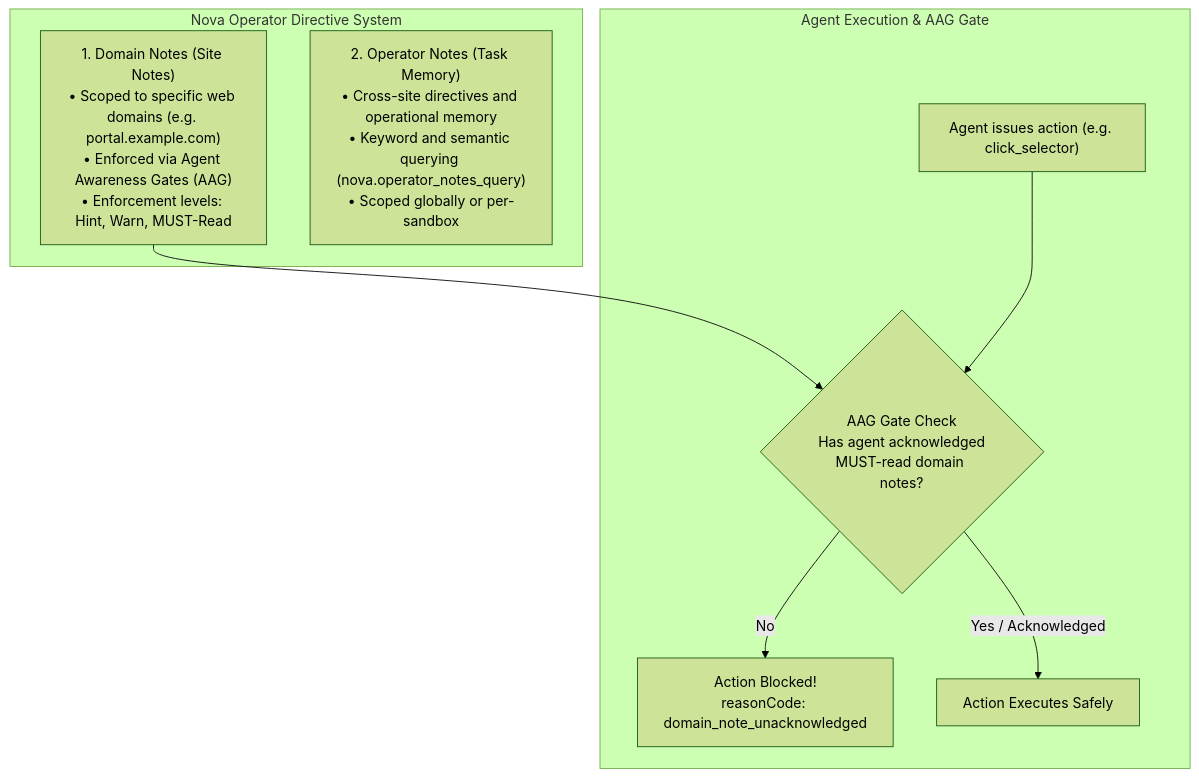
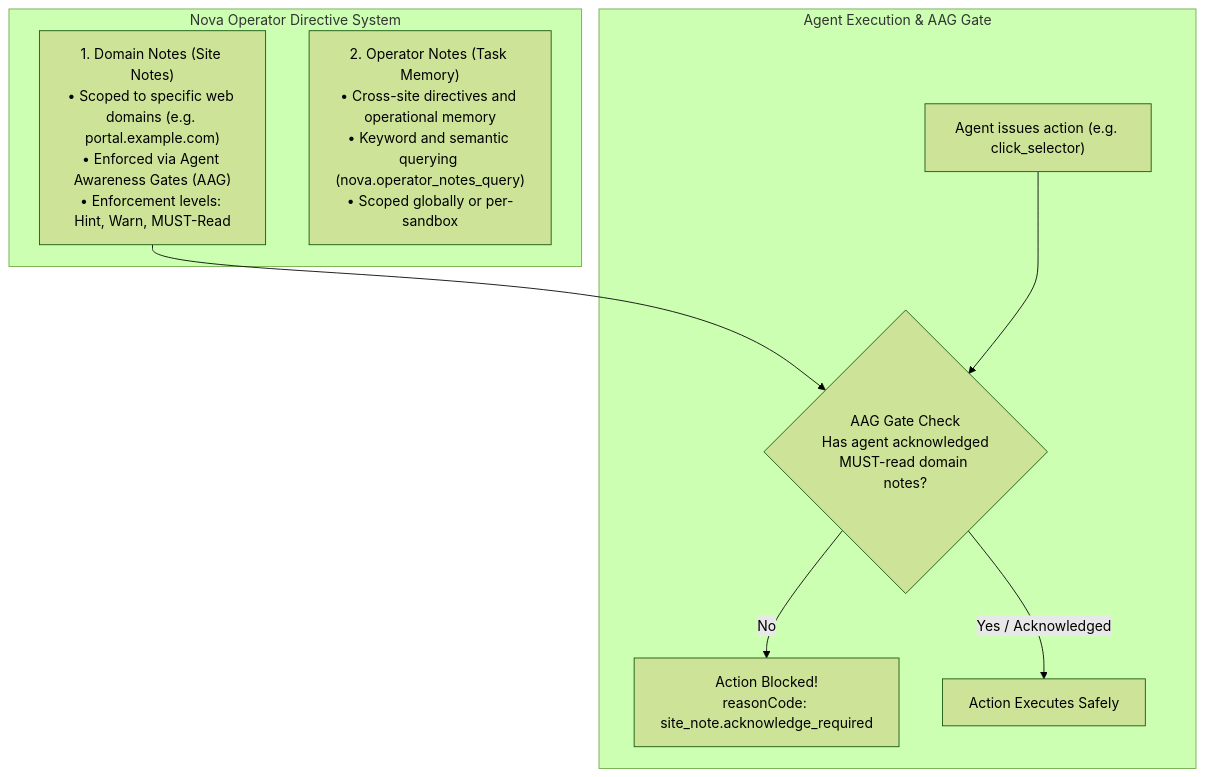
The diagram in docs/user-guide/agents/domain-notes.md (joelaniol/nova), drawn with Mermaid (forest theme) before and after one commit. The commit also changed other lines of this file and 10 other files, not shown here.

Commit message:
docs: correct invented reason codes and fields (media permissions, render checks, site notes, network scan, connectors)

````diff
--- a/docs/user-guide/agents/domain-notes.md
+++ b/docs/user-guide/agents/domain-notes.md
@@ -14,19 +14,19 @@
 ```mermaid
 flowchart TD
     subgraph Directives ["Nova Operator Directive System"]
         SiteNotes["1. Domain Notes (Site Notes)<br/>• Scoped to specific web domains (e.g. portal.example.com)<br/>• Enforced via Agent Awareness Gates (AAG)<br/>• Enforcement levels: Hint, Warn, MUST-Read"]
         OpNotes["2. Operator Notes (Task Memory)<br/>• Cross-site directives and operational memory<br/>• Keyword and semantic querying (nova.operator_notes_query)<br/>• Scoped globally or per-sandbox"]
     end
 
     subgraph Enforcement ["Agent Execution & AAG Gate"]
         AgentAction["Agent issues action (e.g. click_selector)"]
         AAGCheck{"AAG Gate Check<br/>Has agent acknowledged<br/>MUST-read domain notes?"}
-        Block["Action Blocked!<br/>reasonCode: domain_note_unacknowledged"]
+        Block["Action Blocked!<br/>reasonCode: site_note.acknowledge_required"]
         Proceed["Action Executes Safely"]
     end
 
     SiteNotes --> AAGCheck
     AgentAction --> AAGCheck
     AAGCheck -->|No| Block
     AAGCheck -->|Yes / Acknowledged| Proceed
 ```
````
